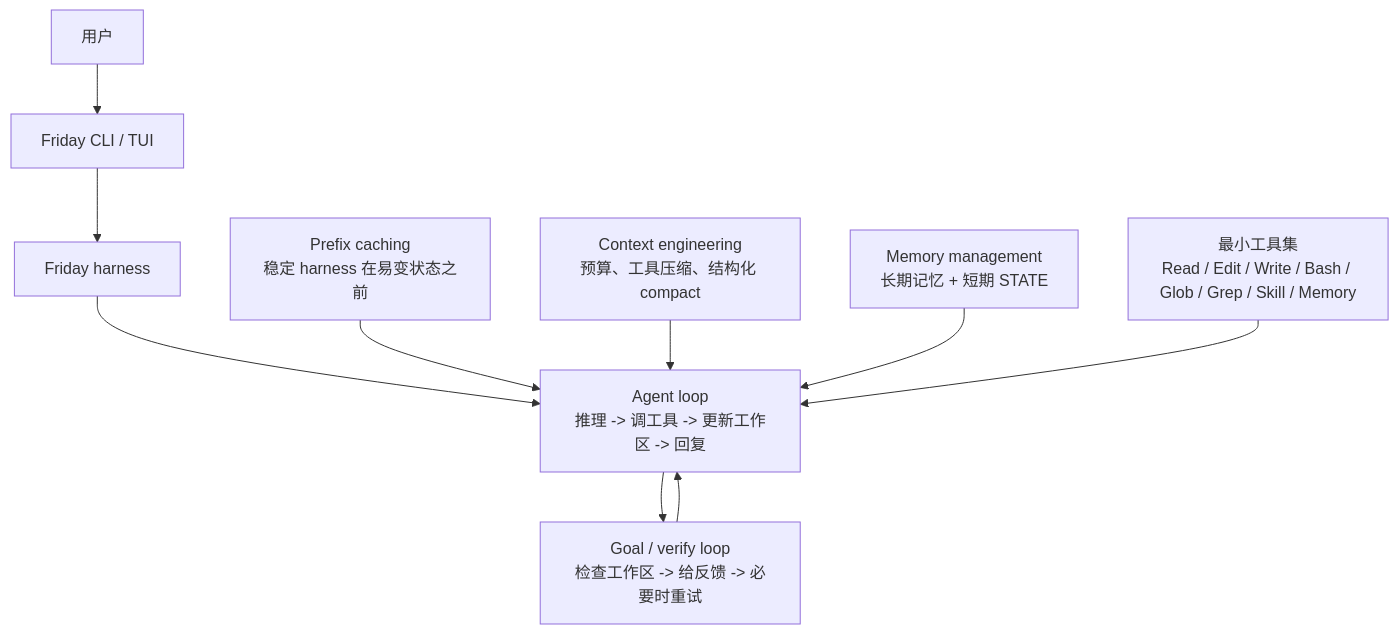
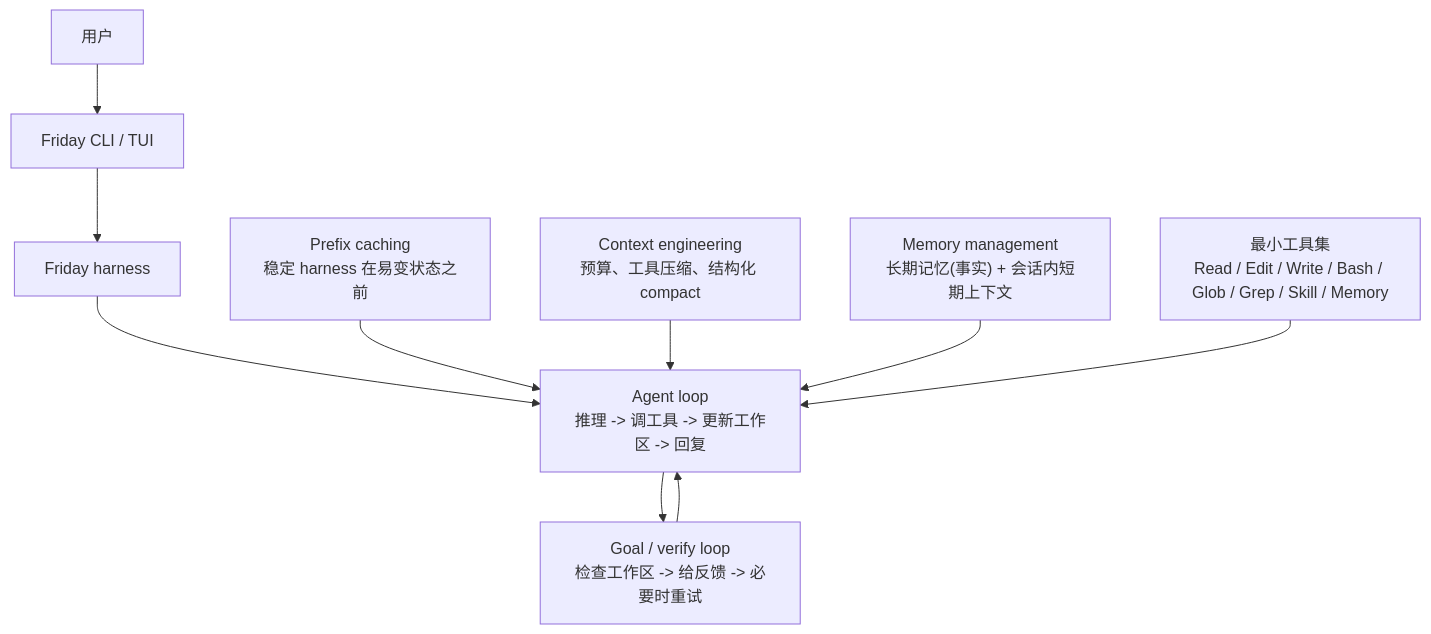
Before and after one commit to Lancetwang/friday: the diagram in README.zh-CN.md, drawn with Mermaid. The commit also changed other lines of this file and 19 other files, not shown here.

````diff
--- a/README.zh-CN.md
+++ b/README.zh-CN.md
@@ -29,14 +29,14 @@
 ```mermaid
 flowchart TD
     User["用户"] --> Friday["Friday CLI / TUI"]
     Friday --> Harness["Friday harness"]
 
     Harness --> AgentLoop["Agent loop<br/>推理 -> 调工具 -> 更新工作区 -> 回复"]
     AgentLoop --> VerifyLoop["Goal / verify loop<br/>检查工作区 -> 给反馈 -> 必要时重试"]
     VerifyLoop --> AgentLoop
 
     Prefix["Prefix caching<br/>稳定 harness 在易变状态之前"] --> AgentLoop
     Context["Context engineering<br/>预算、工具压缩、结构化 compact"] --> AgentLoop
-    Memory["Memory management<br/>长期记忆 + 短期 STATE"] --> AgentLoop
+    Memory["Memory management<br/>长期记忆(事实) + 会话内短期上下文"] --> AgentLoop
     Tools["最小工具集<br/>Read / Edit / Write / Bash / Glob / Grep / Skill / Memory"] --> AgentLoop
 ```
````
